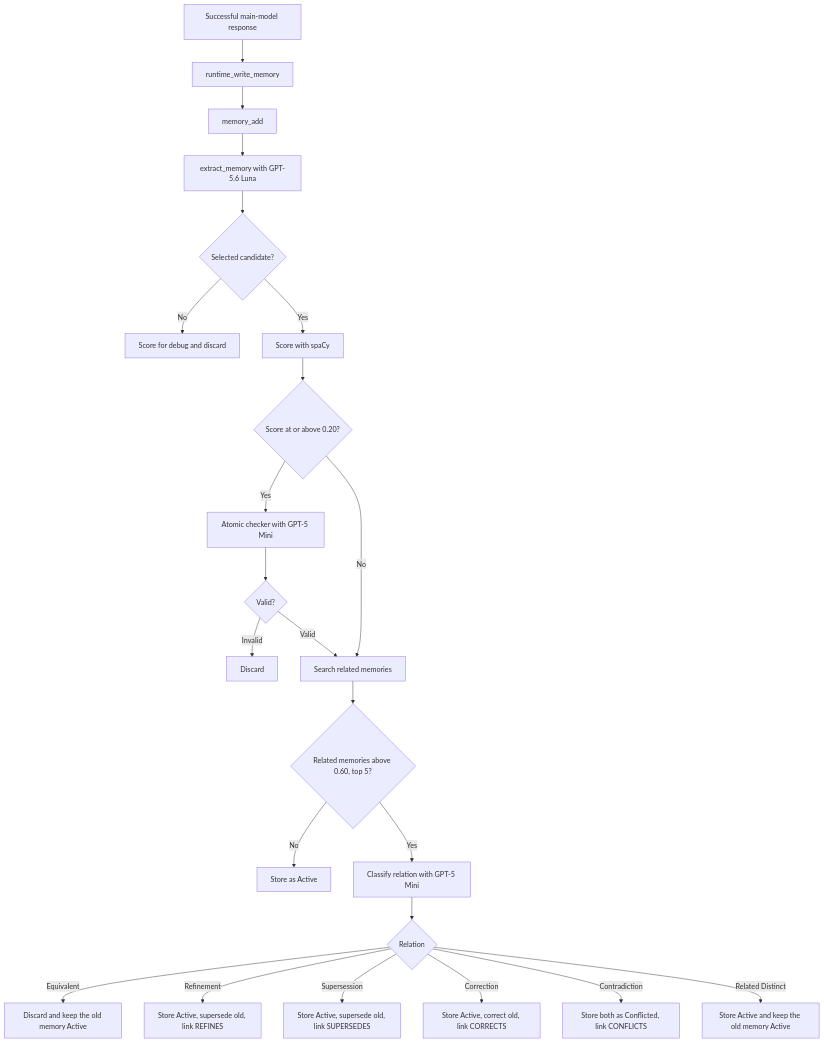
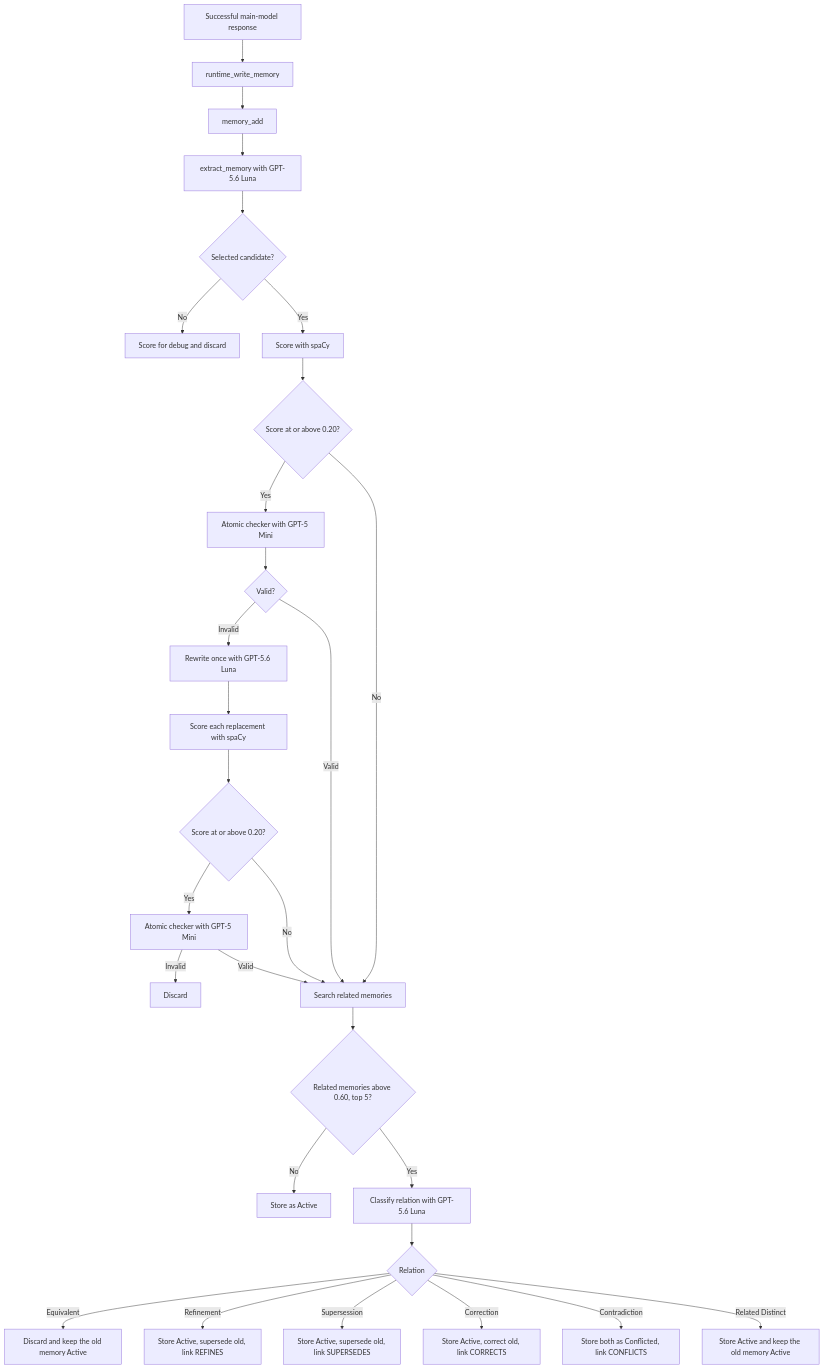
The first of 3 diagrams in READMEV4.md (Beta0415/ai-agent-memory-infrastructure), drawn with Mermaid before and after one commit. The commit also changed other lines of this file and 10 other files, not shown here.

First line of the commit message:
Rewrite invalid atomic memories and keep the context that identifies each fact.

````diff
--- a/READMEV4.md
+++ b/READMEV4.md
@@ -211,25 +215,31 @@
 ```mermaid
 flowchart TD
     A[Successful main-model response] --> B[runtime_write_memory]
     B --> C[memory_add]
     C --> D[extract_memory with GPT-5.6 Luna]
     D --> E{Selected candidate?}
     E -->|No| F[Score for debug and discard]
     E -->|Yes| G[Score with spaCy]
     G --> H{Score at or above 0.20?}
     H -->|Yes| I[Atomic checker with GPT-5 Mini]
     I --> J{Valid?}
-    J -->|Invalid| K[Discard]
-    J -->|Valid| L[Search related memories]
+    J -->|Invalid| W[Rewrite once with GPT-5.6 Luna]
+    W --> X[Score each replacement with spaCy]
+    X --> Y{Score at or above 0.20?}
+    Y -->|Yes| Z[Atomic checker with GPT-5 Mini]
+    Z -->|Invalid| K[Discard]
+    Z -->|Valid| L[Search related memories]
+    Y -->|No| L
+    J -->|Valid| L
     H -->|No| L
     L --> M{Related memories above 0.60, top 5?}
     M -->|No| N[Store as Active]
-    M -->|Yes| O[Classify relation with GPT-5 Mini]
+    M -->|Yes| O[Classify relation with GPT-5.6 Luna]
     O --> P{Relation}
     P -->|Equivalent| Q[Discard and keep the old memory Active]
     P -->|Refinement| R[Store Active, supersede old, link REFINES]
     P -->|Supersession| S[Store Active, supersede old, link SUPERSEDES]
     P -->|Correction| T[Store Active, correct old, link CORRECTS]
     P -->|Contradiction| U[Store both as Conflicted, link CONFLICTS]
     P -->|Related Distinct| V[Store Active and keep the old memory Active]
 ```
````
